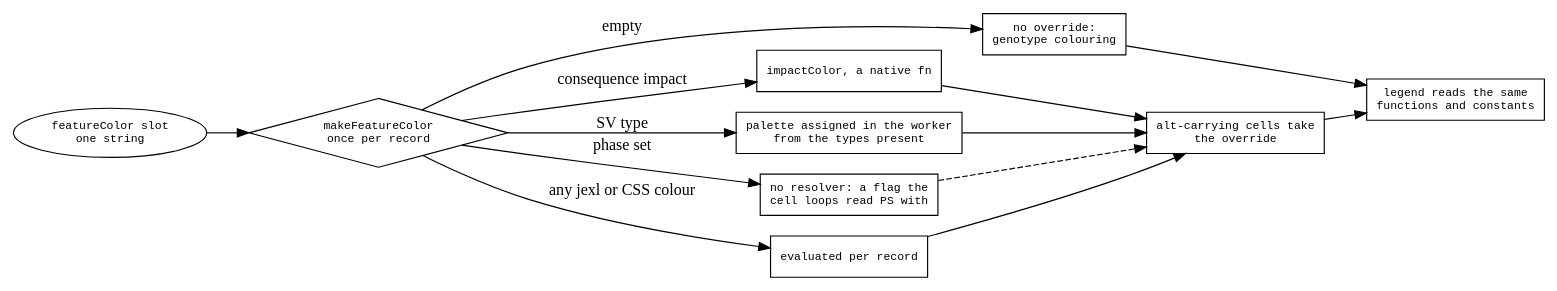
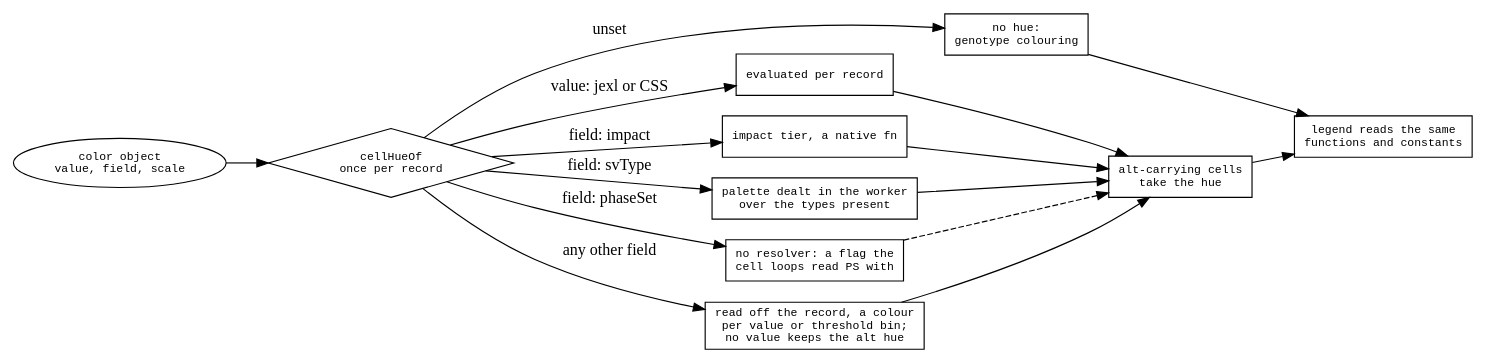
One commit to GMOD/jbrowse-components changed the diagram in agent-docs/mechanisms/diagrams/variants-colour-by.dot. Above: the diagram before and after it, drawn with Graphviz. The commit also changed 28 other files, not shown here.

First line of the commit message:
Docs, specs and demo data spell the variant cell colour as color

```diff
--- a/agent-docs/mechanisms/diagrams/variants-colour-by.dot
+++ b/agent-docs/mechanisms/diagrams/variants-colour-by.dot
@@ -1,28 +1,30 @@
 digraph variant_colour_by {
   rankdir=LR
   node [shape=box fontname=monospace fontsize=10]
   { node [shape=diamond] resolve }
 
-  slot [label="featureColor slot\none string", shape=oval]
+  slot [label="color object\nvalue, field, scale", shape=oval]
   slot -> resolve
-  resolve [label="makeFeatureColor\nonce per record"]
+  resolve [label="cellHueOf\nonce per record"]
 
-  resolve -> none [label=" empty"]
-  resolve -> imp  [label=" consequence impact"]
-  resolve -> sv   [label=" SV type"]
-  resolve -> ps   [label=" phase set"]
-  resolve -> jexl [label=" any jexl or CSS colour"]
+  resolve -> none [label=" unset"]
+  resolve -> jexl [label=" value: jexl or CSS"]
+  resolve -> imp  [label=" field: impact"]
+  resolve -> sv   [label=" field: svType"]
+  resolve -> ps   [label=" field: phaseSet"]
+  resolve -> rec  [label=" any other field"]
 
-  none [label="no override:\ngenotype colouring"]
-  imp  [label="impactColor, a native fn"]
-  sv   [label="palette assigned in the worker\nfrom the types present"]
+  none [label="no hue:\ngenotype colouring"]
+  jexl [label="evaluated per record"]
+  imp  [label="impact tier, a native fn"]
+  sv   [label="palette dealt in the worker\nover the types present"]
   ps   [label="no resolver: a flag the\ncell loops read PS with"]
-  jexl [label="evaluated per record"]
+  rec  [label="read off the record, a colour\nper value or threshold bin;\nno value keeps the alt hue"]
 
-  cells [label="alt-carrying cells take\nthe override"]
-  imp -> cells  sv -> cells  jexl -> cells
+  cells [label="alt-carrying cells\ntake the hue"]
+  imp -> cells  sv -> cells  jexl -> cells  rec -> cells
   ps -> cells [style=dashed]
 
   legend [label="legend reads the same\nfunctions and constants"]
   cells -> legend  none -> legend
 }
```
